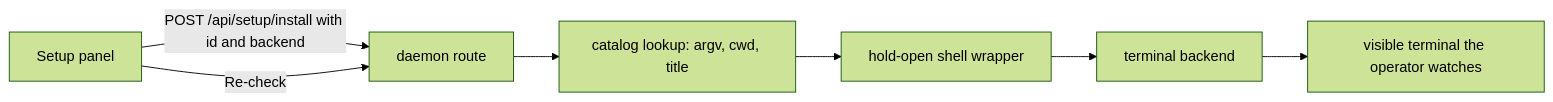
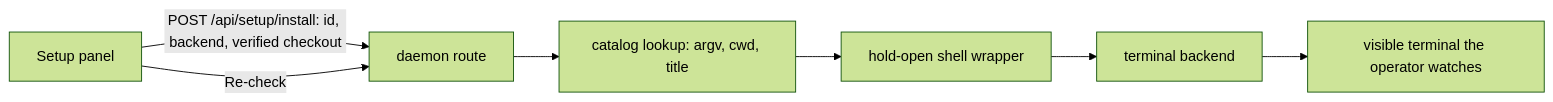
The second of 2 diagrams in docs/plans/guided-setup/plan.md (teamupstart/mission-control), drawn with Mermaid (forest theme) before and after one commit. The commit also changed other lines of this file and 5 other files, not shown here.

````diff
--- a/docs/plans/guided-setup/plan.md
+++ b/docs/plans/guided-setup/plan.md
@@ -225,9 +275,9 @@
 ```mermaid
 flowchart LR
-  Panel[Setup panel] -->|POST /api/setup/install with id and backend| Route[daemon route]
+  Panel[Setup panel] -->|POST /api/setup/install: id, backend, verified checkout| Route[daemon route]
   Route --> Cat[catalog lookup: argv, cwd, title]
   Cat --> Wrap[hold-open shell wrapper]
   Wrap --> Term[terminal backend]
   Term --> Win[visible terminal the operator watches]
   Panel -->|Re-check| Route
 ```
````
